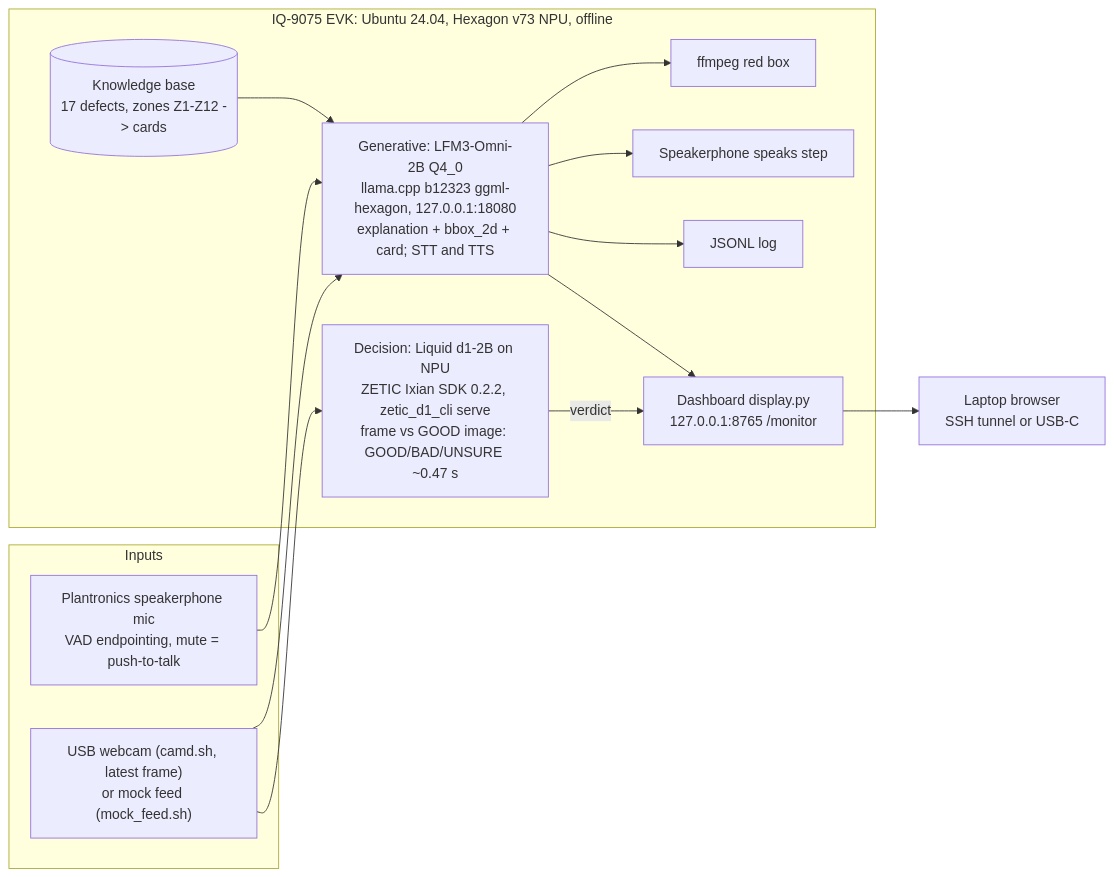
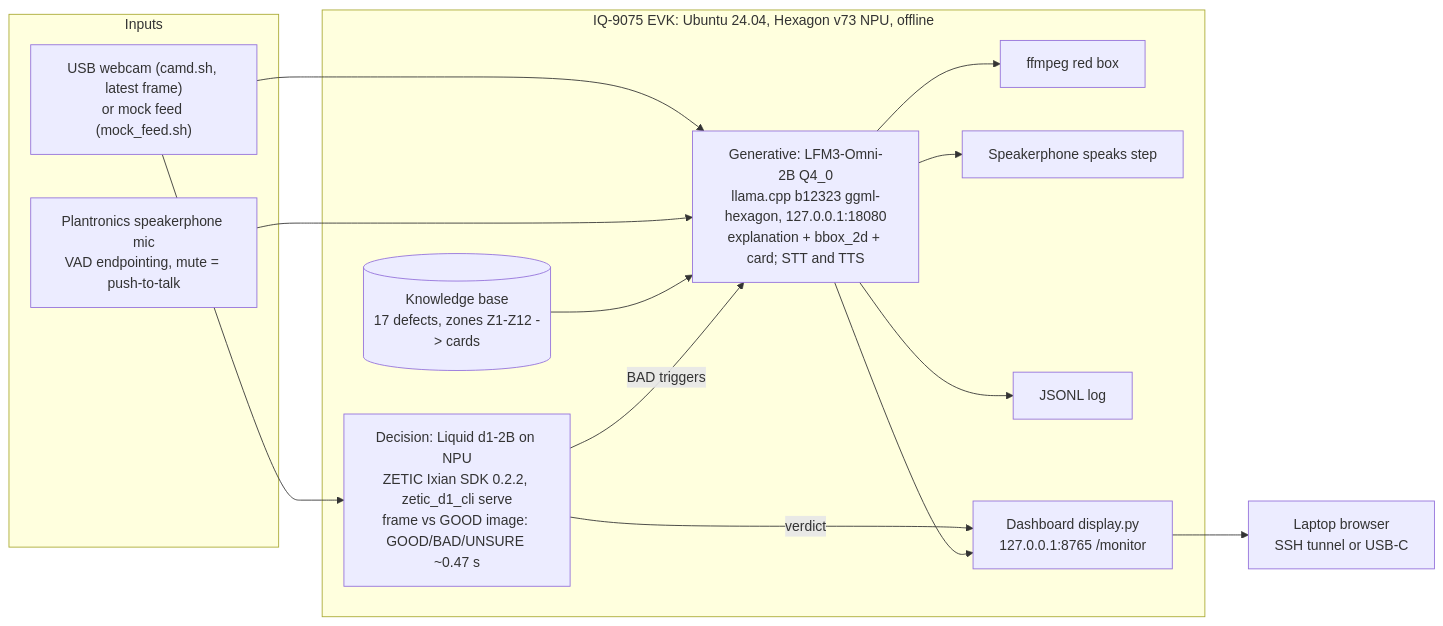
The diagram in ARCHITECTURE.md (ambrogian/hackathon), drawn with Mermaid before and after one commit. The commit also changed 9 other files, not shown here.

Commit message:
README: dashboard screenshot and architecture diagram; diagram fix (d1 BAD triggers Omni, Omni draws the box); Project Hub media

````diff
--- a/ARCHITECTURE.md
+++ b/ARCHITECTURE.md
@@ -7,27 +7,28 @@
 ```mermaid
 flowchart LR
   subgraph IN[Inputs]
     CAM["USB webcam (camd.sh, latest frame)<br/>or mock feed (mock_feed.sh)"]
     MIC["Plantronics speakerphone mic<br/>VAD endpointing, mute = push-to-talk"]
   end
   subgraph BOARD["IQ-9075 EVK: Ubuntu 24.04, Hexagon v73 NPU, offline"]
     D1["Decision: Liquid d1-2B on NPU<br/>ZETIC Ixian SDK 0.2.2, zetic_d1_cli serve<br/>frame vs GOOD image: GOOD/BAD/UNSURE ~0.47 s"]
     OMNI["Generative: LFM3-Omni-2B Q4_0<br/>llama.cpp b12323 ggml-hexagon, 127.0.0.1:18080<br/>explanation + bbox_2d + card; STT and TTS"]
     KB[("Knowledge base<br/>17 defects, zones Z1-Z12 -> cards")]
     FF["ffmpeg red box"]
     SPK["Speakerphone speaks step"]
     LOG["JSONL log"]
     DASH["Dashboard display.py<br/>127.0.0.1:8765 /monitor"]
   end
   LAP["Laptop browser<br/>SSH tunnel or USB-C"]
   CAM --> D1
   CAM --> OMNI
   MIC --> OMNI
   KB --> OMNI
   D1 -->|verdict| DASH
+  D1 -->|BAD triggers| OMNI
   OMNI --> FF
   OMNI --> SPK
   OMNI --> LOG
   OMNI --> DASH
   DASH --> LAP
 ```
````
